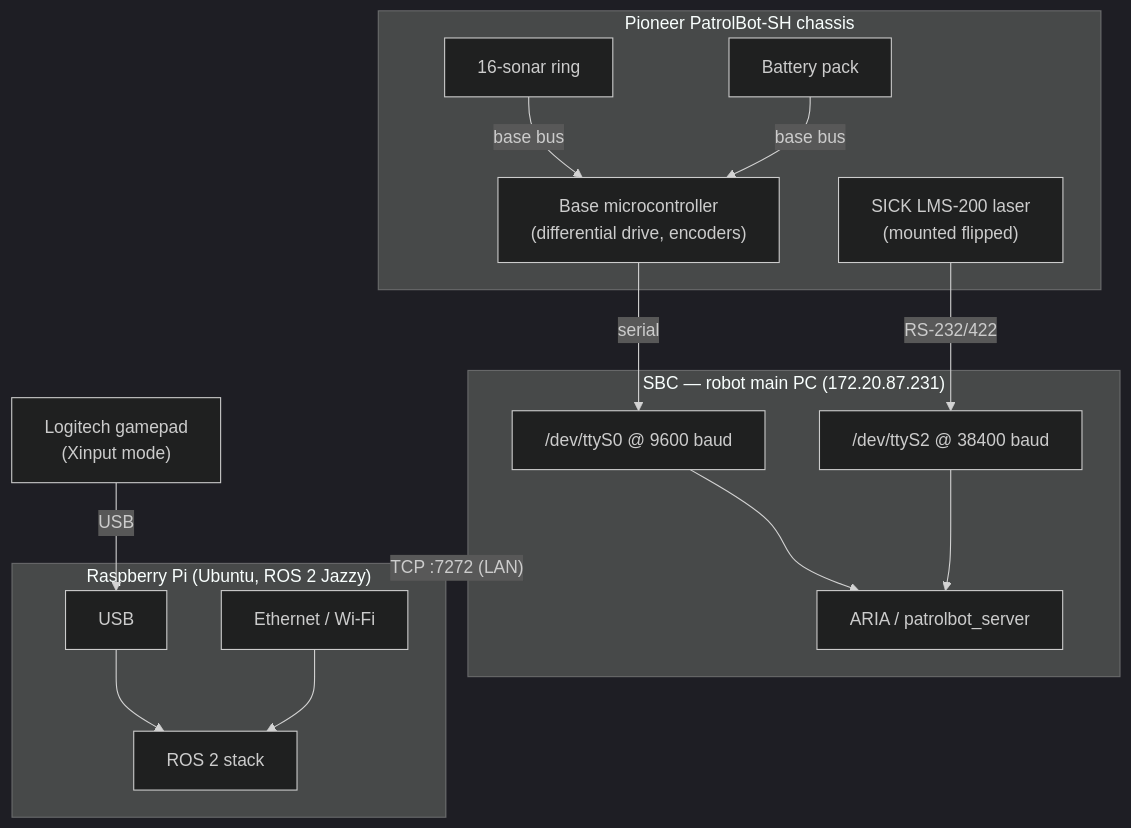
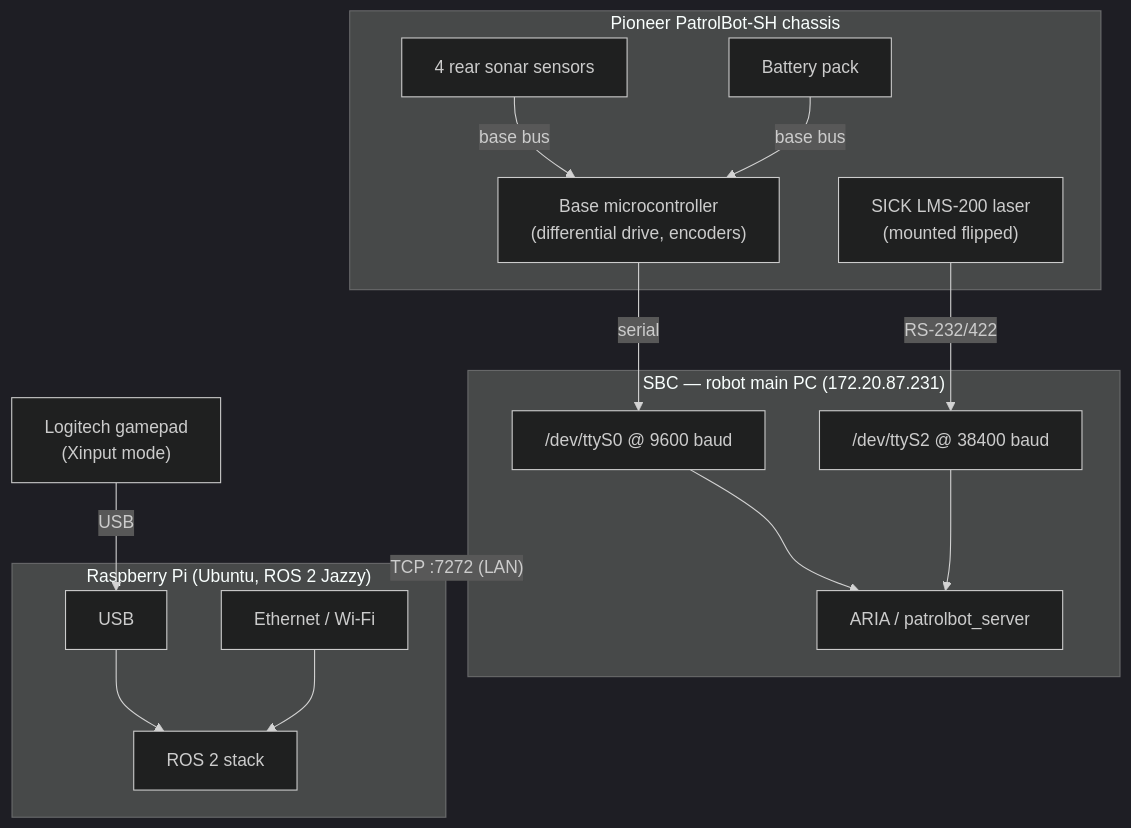
Before and after one commit to cmu-impactlab/patrolbot: the diagram in docs/architecture/hardware-architecture.md, drawn with Mermaid (dark theme). The commit also changed other lines of this file and 7 other files, not shown here.

````diff
--- a/docs/architecture/hardware-architecture.md
+++ b/docs/architecture/hardware-architecture.md
@@ -21,34 +20,34 @@
 ```mermaid
 flowchart TB
     subgraph CHASSIS["Pioneer PatrolBot-SH chassis"]
         BASEMCU["Base microcontroller\n(differential drive, encoders)"]
-        SONAR["16-sonar ring"]
+        SONAR["4 rear sonar sensors"]
         LMS["SICK LMS-200 laser\n(mounted flipped)"]
         BATT["Battery pack"]
     end
 
     subgraph SBCBOX["SBC — robot main PC (172.20.87.231)"]
         TTYS0["/dev/ttyS0 @ 9600 baud"]
         TTYS2["/dev/ttyS2 @ 38400 baud"]
         ARIA["ARIA / patrolbot_server"]
         TTYS0 --> ARIA
         TTYS2 --> ARIA
     end
 
     subgraph PIBOX["Raspberry Pi (Ubuntu, ROS 2 Jazzy)"]
         ETH["Ethernet / Wi-Fi"]
         USB["USB"]
         ROS["ROS 2 stack"]
         USB --> ROS
         ETH --> ROS
     end
 
     GAMEPAD["Logitech gamepad\n(Xinput mode)"]
 
     BASEMCU -- "serial" --> TTYS0
     SONAR -- "base bus" --> BASEMCU
     BATT -- "base bus" --> BASEMCU
     LMS -- "RS-232/422" --> TTYS2
     SBCBOX <== "TCP :7272 (LAN)" ==> PIBOX
     GAMEPAD -- "USB" --> USB
 ```
````
